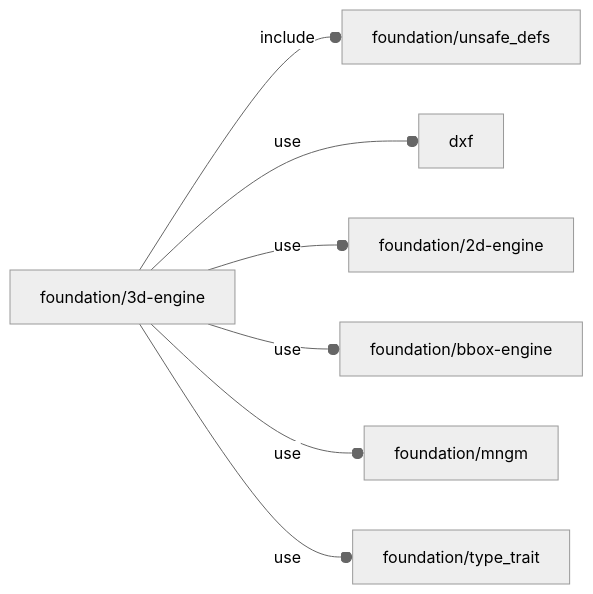
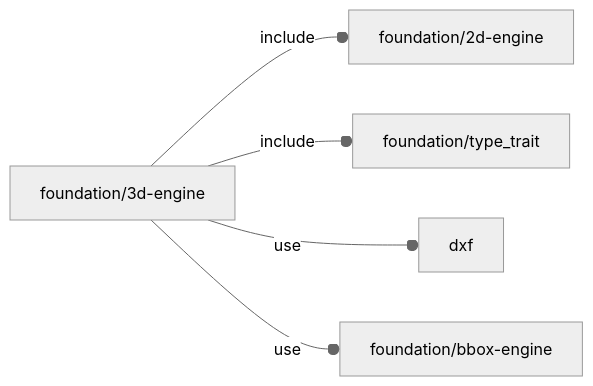
The diagram in orthodocs/foundation/3d-engine.md (ggabbiani/OFL), drawn with Mermaid (neutral theme) before and after one commit. The commit also changed 26 other files, not shown here.

````diff
--- a/orthodocs/foundation/3d-engine.md
+++ b/orthodocs/foundation/3d-engine.md
@@ -5,9 +5,7 @@
 ```mermaid
 graph LR
-    A1[foundation/3d-engine] --o|include| A2[foundation/unsafe_defs]
-    A1 --o|use| A3[dxf]
-    A1 --o|use| A4[foundation/2d-engine]
+    A1[foundation/3d-engine] --o|include| A2[foundation/2d-engine]
+    A1 --o|include| A3[foundation/type_trait]
+    A1 --o|use| A4[dxf]
     A1 --o|use| A5[foundation/bbox-engine]
-    A1 --o|use| A6[foundation/mngm]
-    A1 --o|use| A7[foundation/type_trait]
 ```
````
